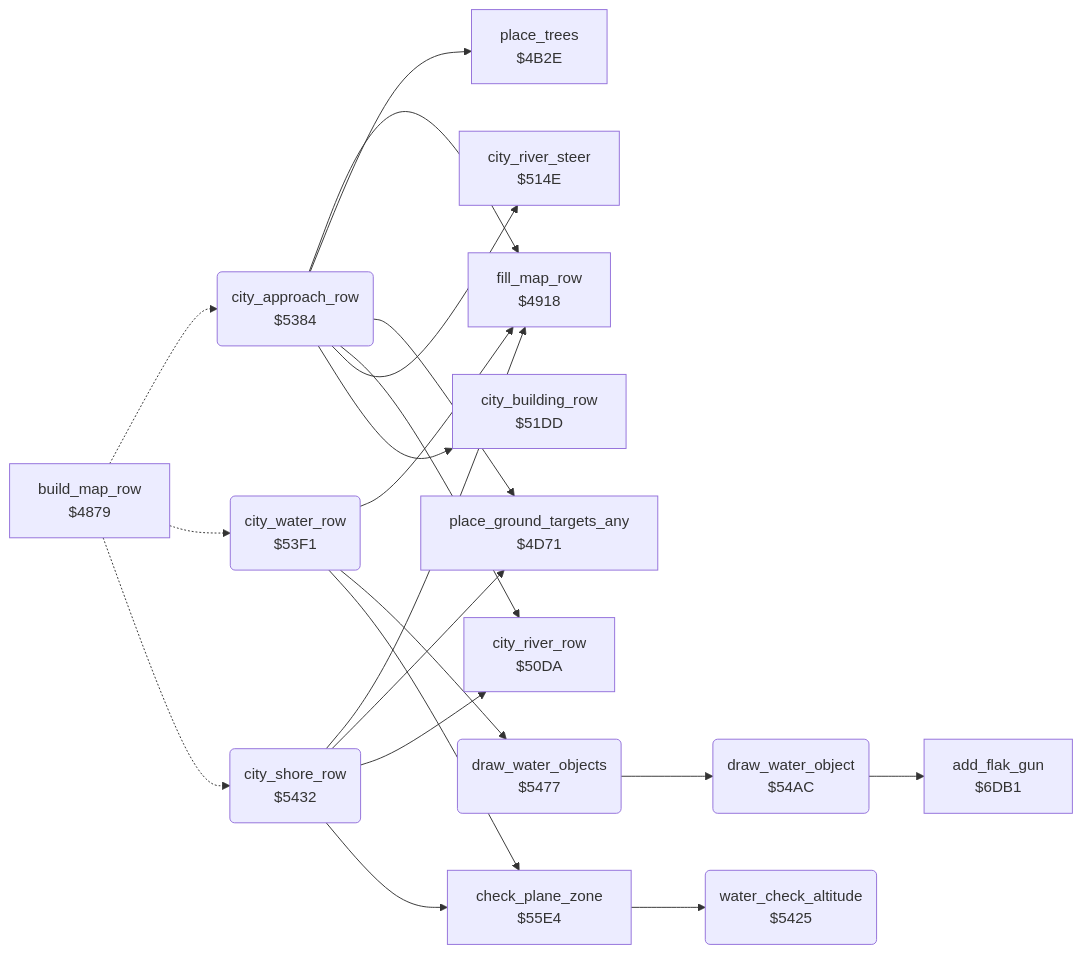
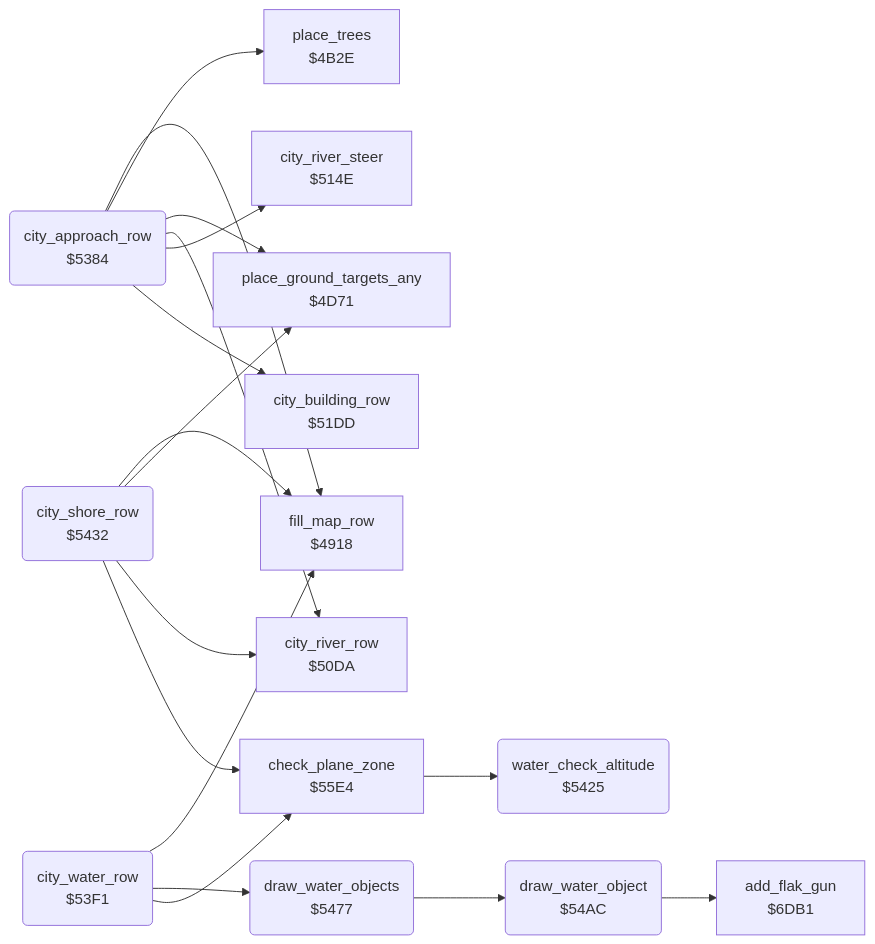
One commit to henols/c64_games changed the diagram in blue_max/docs/reference/modules/ground/city_water.md. Above: the diagram before and after it, drawn with Mermaid. The commit also changed other lines of this file and 1100 other files, not shown here.

````diff
--- a/blue_max/docs/reference/modules/ground/city_water.md
+++ b/blue_max/docs/reference/modules/ground/city_water.md
@@ -10,37 +27,33 @@
 ```mermaid
 flowchart LR
-  n4879["build_map_row<br/>$4879"]
   n4918["fill_map_row<br/>$4918"]
   n4b2e["place_trees<br/>$4B2E"]
   n4d71["place_ground_targets_any<br/>$4D71"]
   n50da["city_river_row<br/>$50DA"]
   n514e["city_river_steer<br/>$514E"]
   n51dd["city_building_row<br/>$51DD"]
   n5384("city_approach_row<br/>$5384")
   n53f1("city_water_row<br/>$53F1")
   n5425("water_check_altitude<br/>$5425")
   n5432("city_shore_row<br/>$5432")
   n5477("draw_water_objects<br/>$5477")
   n54ac("draw_water_object<br/>$54AC")
   n55e4["check_plane_zone<br/>$55E4"]
   n6db1["add_flak_gun<br/>$6DB1"]
-  n4879 -.-> n5384
-  n4879 -.-> n53f1
-  n4879 -.-> n5432
   n5384 --> n4918
   n5384 --> n4b2e
   n5384 --> n4d71
   n5384 --> n50da
   n5384 --> n514e
   n5384 --> n51dd
   n53f1 --> n4918
   n53f1 --> n5477
   n53f1 --> n55e4
   n5432 --> n4918
   n5432 --> n4d71
   n5432 --> n50da
   n5432 --> n55e4
   n5477 --> n54ac
   n54ac --> n6db1
   n55e4 --> n5425
 ```
````
